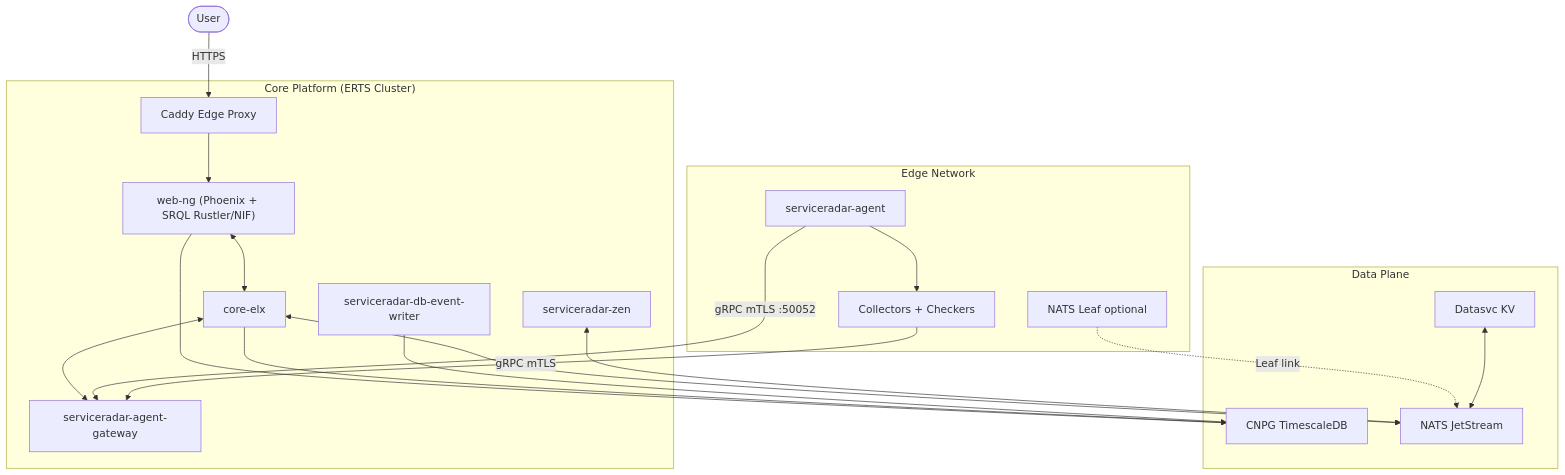
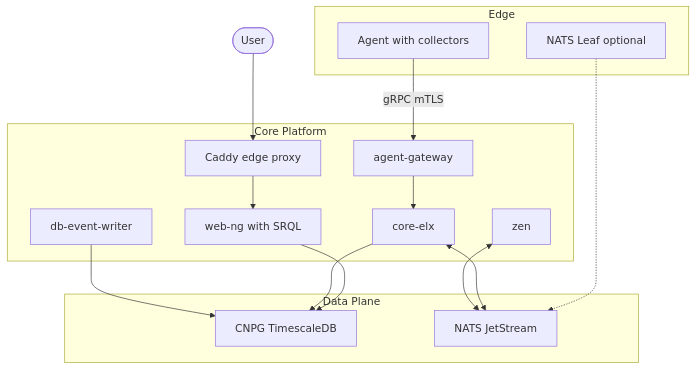
Before and after one commit to carverauto/serviceradar: the first of 4 diagrams in docs/docs/architecture.md, drawn with Mermaid. The commit also changed other lines of this file, not shown here.

````diff
--- a/docs/docs/architecture.md
+++ b/docs/docs/architecture.md
@@ -12,39 +12,31 @@
 ```mermaid
 flowchart TB
-    subgraph EdgeZone["Edge Network"]
-        Agent["serviceradar-agent"]
-        Collectors["Collectors + Checkers"]
+    subgraph Edge["Edge"]
+        Agent["Agent with collectors"]
         Leaf["NATS Leaf optional"]
-        Agent --> Collectors
     end
 
-    subgraph Core["Core Platform (ERTS Cluster)"]
-        Caddy["Caddy Edge Proxy"]
-        Web["web-ng (Phoenix + SRQL Rustler/NIF)"]
+    subgraph Core["Core Platform"]
+        Caddy["Caddy edge proxy"]
+        Web["web-ng with SRQL"]
+        Gateway["agent-gateway"]
         CoreElx["core-elx"]
-        Gateway["serviceradar-agent-gateway"]
-        Zen["serviceradar-zen"]
-        DBWriter["serviceradar-db-event-writer"]
-        Caddy --> Web
-        Web <--> CoreElx
-        CoreElx <--> Gateway
+        Zen["zen"]
+        DBWriter["db-event-writer"]
     end
 
-    subgraph DataPlane["Data Plane"]
+    subgraph Data["Data Plane"]
         CNPG["CNPG TimescaleDB"]
         NATS["NATS JetStream"]
-        DATASVC["Datasvc KV"]
     end
 
-    User([User]) -->|HTTPS| Caddy
-    Agent -->|gRPC mTLS :50052| Gateway
-    Collectors -->|gRPC mTLS| Gateway
-    Leaf -.->|Leaf link| NATS
+    User([User]) --> Caddy --> Web
+    Agent -->|gRPC mTLS| Gateway --> CoreElx
+    Leaf -.-> NATS
 
     Web --> CNPG
     CoreElx --> CNPG
     DBWriter --> CNPG
     CoreElx <--> NATS
     Zen <--> NATS
-    DATASVC <--> NATS
 ```
````
